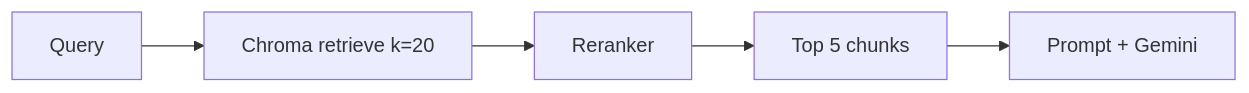
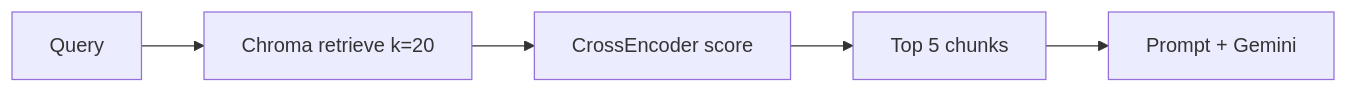
One commit to ducchungtx/advanced-rag-agent changed the ninth of 13 diagrams in docs/architecture.md. Above: the diagram before and after it, drawn with Mermaid. The commit also changed other lines of this file and 13 other files, not shown here.

Commit message:
Enhance configuration for Phase 3 by adding reranking capabilities with cross-encoder. Update dependencies in pyproject.toml and .env.example. Modify documentation to reflect new features and improve clarity on the reranking process.

````diff
--- a/docs/architecture.md
+++ b/docs/architecture.md
@@ -356,7 +358,7 @@
 ```mermaid
 flowchart LR
     Q[Query] --> R[Chroma retrieve k=20]
-    R --> RR[Reranker]
+    R --> RR[CrossEncoder score]
     RR --> T5[Top 5 chunks]
     T5 --> P[Prompt + Gemini]
 ```
````
